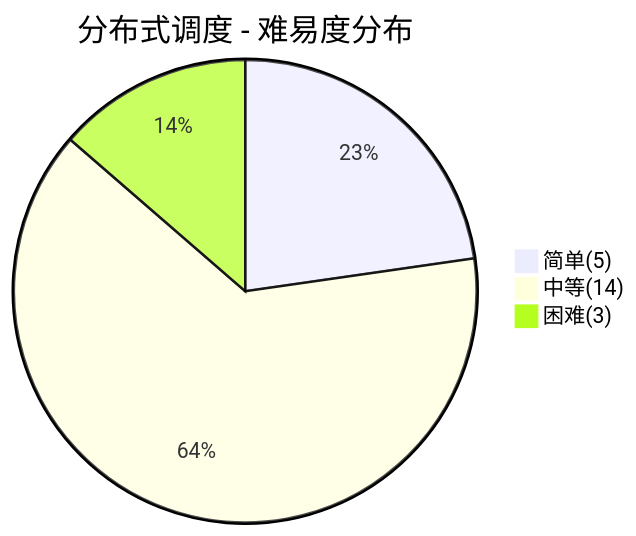
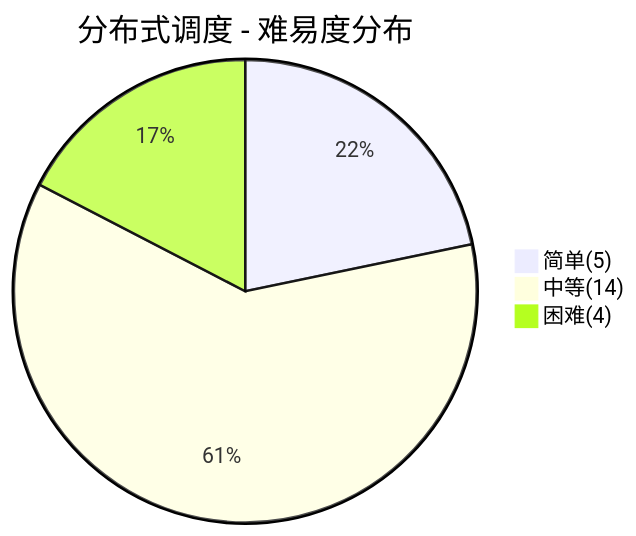
The third of 6 diagrams in docs/99.面试/分布式面试.md (dunwu/waterdrop), drawn with Mermaid before and after one commit. The commit also changed other lines of this file and 13 other files, not shown here.

````diff
--- a/docs/99.面试/分布式面试.md
+++ b/docs/99.面试/分布式面试.md
@@ -180,6 +182,6 @@
 ```mermaid
 pie title 分布式调度 - 难易度分布
     "简单(5)" : 5
     "中等(14)" : 14
-    "困难(3)" : 3
+    "困难(4)" : 4
 ```
````
